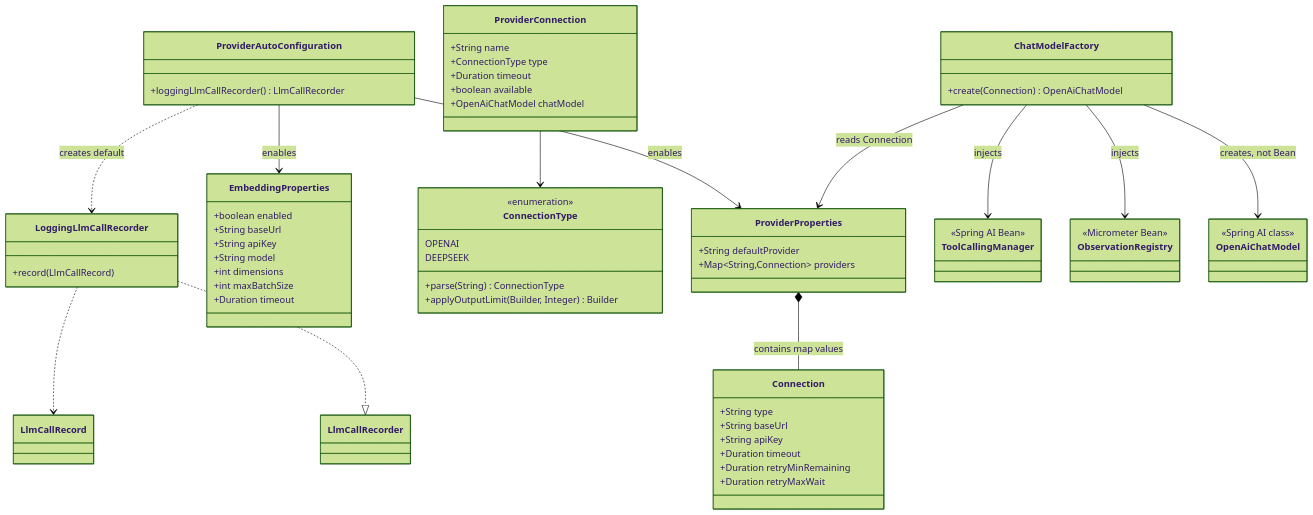
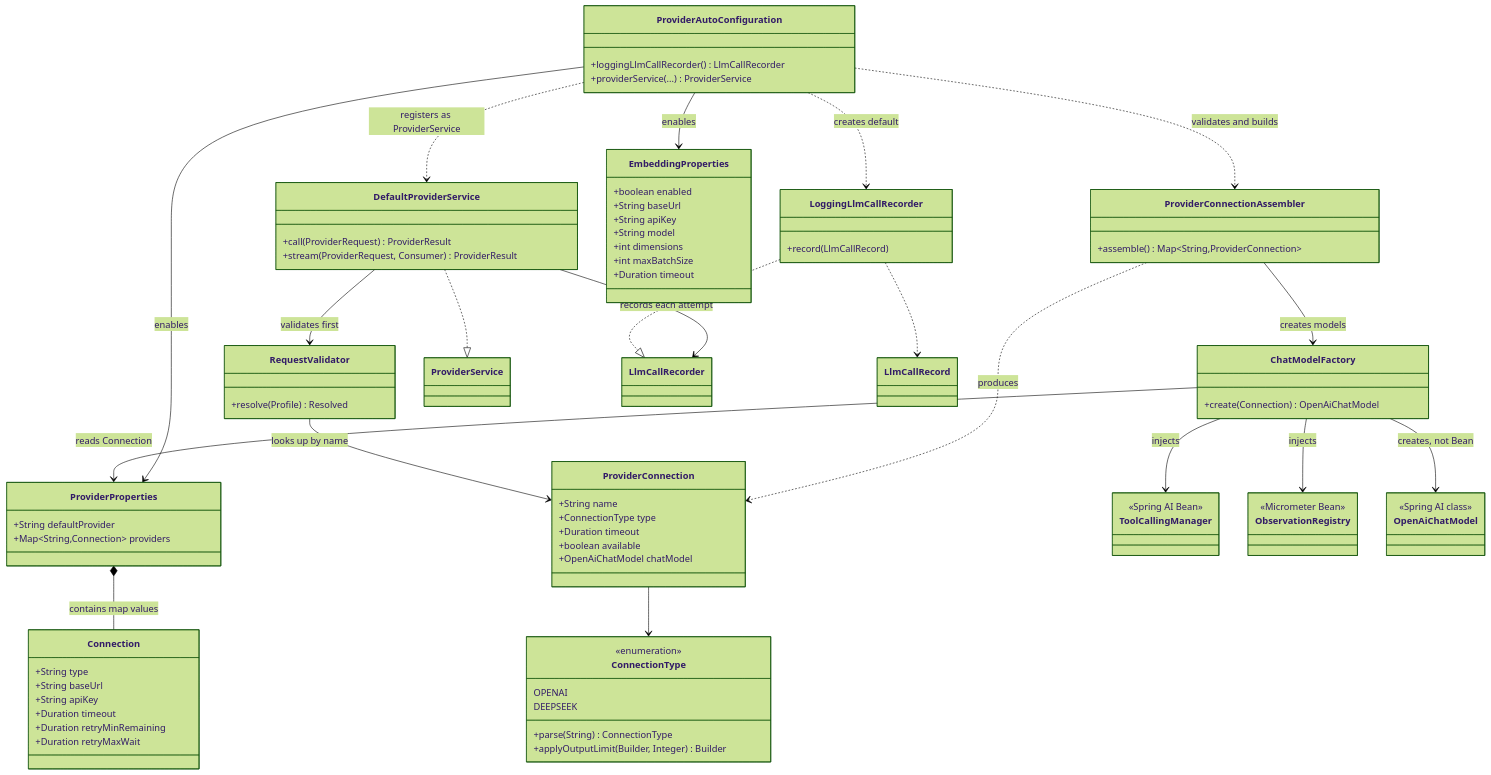
The third of 4 diagrams in docs/code-reading/ClassStructure.md (wangkaiqistart/agent-os), drawn with Mermaid (forest theme) before and after one commit. The commit also changed other lines of this file and 3 other files, not shown here.

```diff
--- a/docs/code-reading/ClassStructure.md
+++ b/docs/code-reading/ClassStructure.md
@@ -168,6 +168,20 @@
 classDiagram
     class ProviderAutoConfiguration {
         +loggingLlmCallRecorder() LlmCallRecorder
+        +providerService(...) ProviderService
+    }
+
+    class ProviderConnectionAssembler {
+        +assemble() Map~String,ProviderConnection~
+    }
+
+    class RequestValidator {
+        +resolve(Profile) Resolved
+    }
+
+    class DefaultProviderService {
+        +call(ProviderRequest) ProviderResult
+        +stream(ProviderRequest, Consumer) ProviderResult
     }
 
     class ChatModelFactory {
@@ -233,6 +247,14 @@
     ProviderAutoConfiguration --> ProviderProperties : enables
     ProviderAutoConfiguration --> EmbeddingProperties : enables
     ProviderAutoConfiguration ..> LoggingLlmCallRecorder : creates default
+    ProviderAutoConfiguration ..> ProviderConnectionAssembler : validates and builds
+    ProviderAutoConfiguration ..> DefaultProviderService : registers as ProviderService
+    ProviderConnectionAssembler --> ChatModelFactory : creates models
+    ProviderConnectionAssembler ..> ProviderConnection : produces
+    DefaultProviderService ..|> ProviderService
+    DefaultProviderService --> RequestValidator : validates first
+    DefaultProviderService --> LlmCallRecorder : records each attempt
+    RequestValidator --> ProviderConnection : looks up by name
     ChatModelFactory --> ToolCallingManager : injects
     ChatModelFactory --> ObservationRegistry : injects
     ChatModelFactory --> ProviderProperties : reads Connection
```
